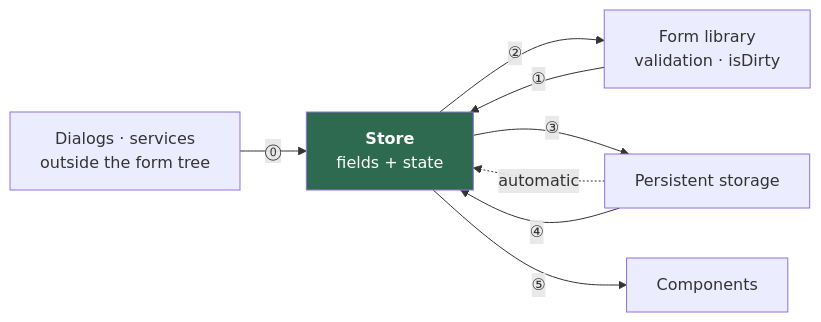
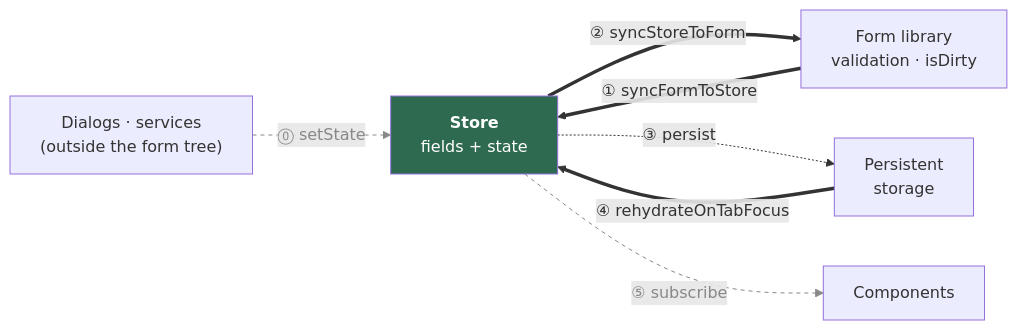
Before and after one commit to jadecubes/multi-party-state-sync: the first of 3 diagrams in README.md, drawn with Mermaid. The commit also changed other lines of this file, not shown here.

Commit message:
docs: make the master map legible — style tiers, verbs, drop the phantom edge (#8)
* docs: make the master map legible — style tiers, verbs, drop the phantom edge

The top flowchart styled all seven edges identically and carried a
seventh, unnumbered "automatic" arrow stacked on ③/④, so direction was
hard to trace and the picture taught nothing beyond the box names.

- Drop the unnumbered P-.->"automatic" edge; its "hydrates once at
  creation, never again" meaning moves into the legend, where it now
  reads as the reason ④ exists. Six edges remain, one per ⓪–⑤, so the
  bottom matrix's column references still hold.
- Encode the structure in line style: thick = the three effects the
  hook implements (① ② ④), dotted = the persist middleware it only
  toggles (③), grey dashed = not synchronized (⓪ ⑤).
- Label every edge with its verb so the diagram stands on its own.

* docs: legend says 'the hook's own sync effects', not 'three' — 'The shape' counts four effects (③ is the toggle)

---------

````diff
--- a/README.md
+++ b/README.md
@@ -7,18 +7,18 @@
 ```mermaid
 flowchart LR
-    D["Dialogs · services<br/>outside the form tree"]
+    D["Dialogs · services<br/>(outside the form tree)"]
     F["Form library<br/>validation · isDirty"]
     S["<b>Store</b><br/>fields + state"]
-    P["Persistent storage"]
+    P["Persistent<br/>storage"]
     U["Components"]
 
-    D -- "⓪" --> S
-    F -- "①" --> S
-    S -- "②" --> F
-    S -- "③" --> P
-    P -. "automatic" .-> S
-    P -- "④" --> S
-    S -- "⑤" --> U
+    D -- "⓪ setState" --> S
+    F == "① syncFormToStore" ==> S
+    S == "② syncStoreToForm" ==> F
+    S -. "③ persist" .-> P
+    P == "④ rehydrateOnTabFocus" ==> S
+    S -- "⑤ subscribe" --> U
 
     style S fill:#2d6a4f,color:#fff
+    linkStyle 0,5 stroke:#888,stroke-dasharray:4 4,color:#888
 ```
````
